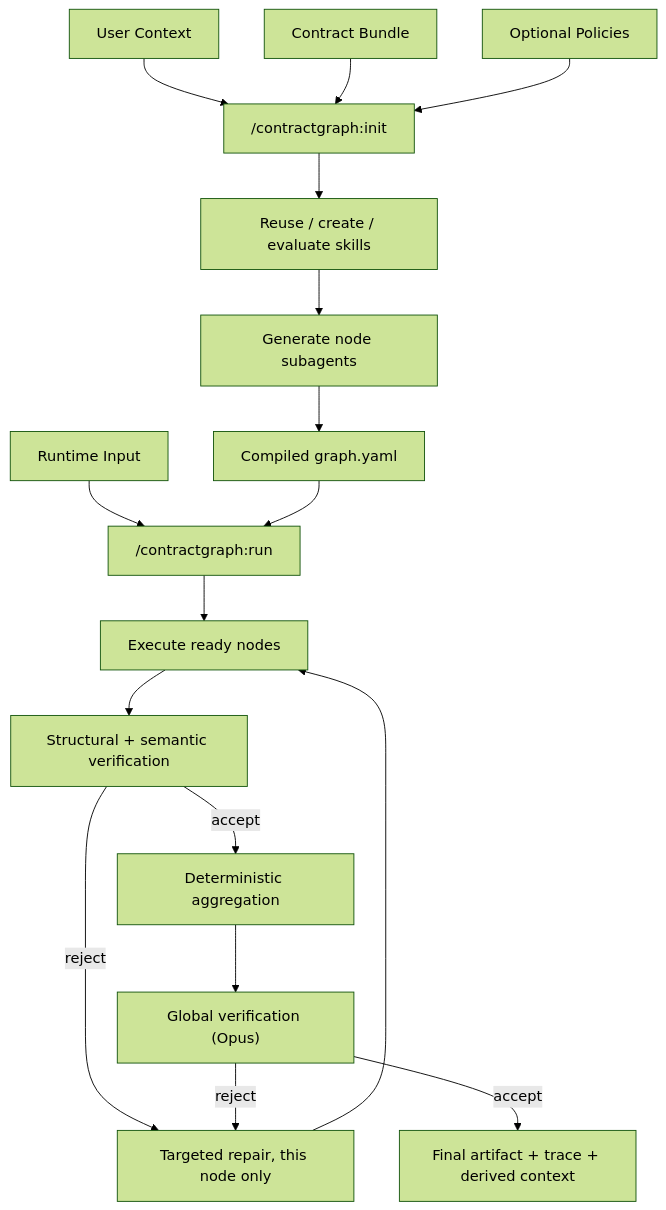
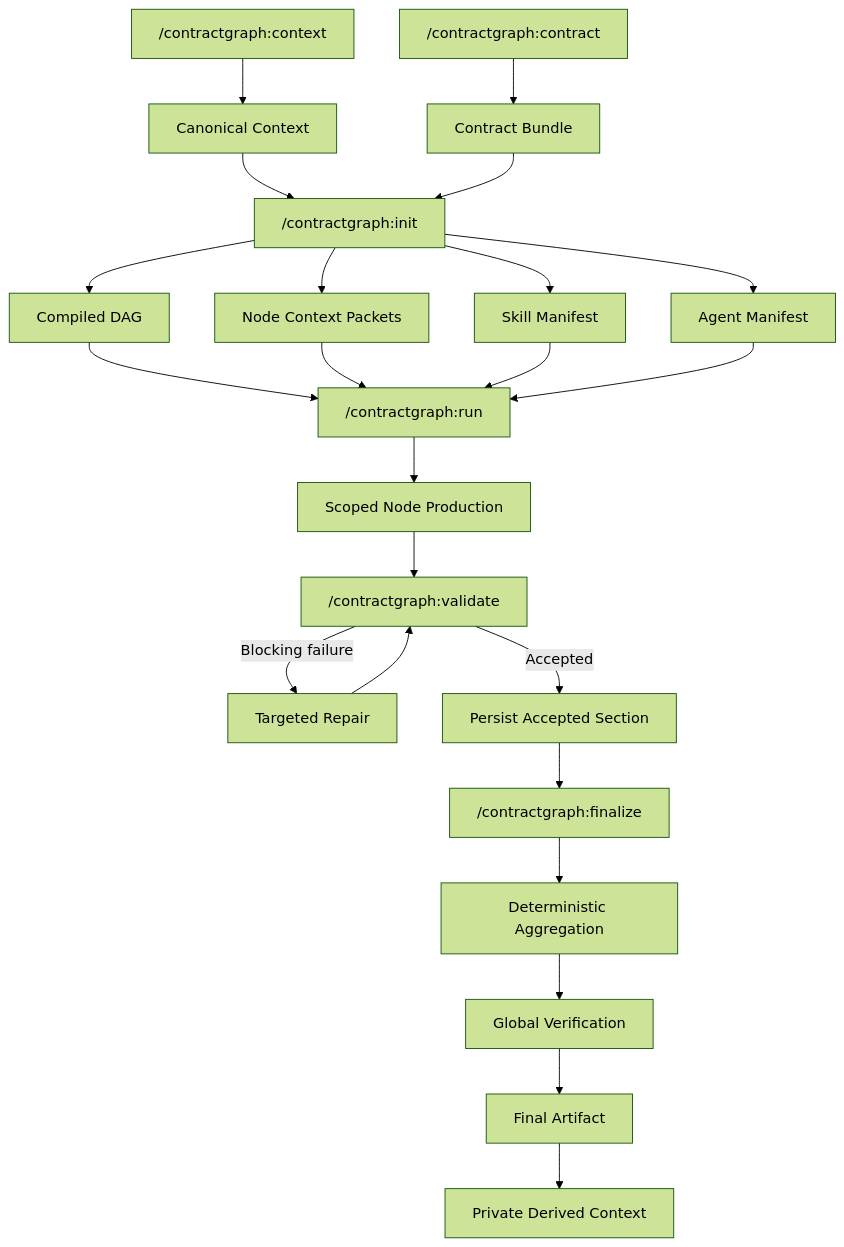
One commit to Phoenixarjun/ContractGraph changed the diagram in README.md. Above: the diagram before and after it, drawn with Mermaid (forest theme). The commit also changed other lines of this file and 36 other files, not shown here.

````diff
--- a/README.md
+++ b/README.md
@@ -41,19 +72,32 @@
 ```mermaid
 flowchart TB
-    CONTEXT["User Context"] --> INIT["/contractgraph:init"]
-    CONTRACTS["Contract Bundle"] --> INIT
-    POLICIES["Optional Policies"] --> INIT
-    INIT --> SKILLS["Reuse / create / evaluate skills"]
-    SKILLS --> AGENTS["Generate node subagents"]
-    AGENTS --> GRAPH["Compiled graph.yaml"]
-    INPUT["Runtime Input"] --> RUN["/contractgraph:run"]
-    GRAPH --> RUN
-    RUN --> NODES["Execute ready nodes"]
-    NODES --> VERIFY["Structural + semantic verification"]
-    VERIFY -->|reject| REPAIR["Targeted repair, this node only"]
-    REPAIR --> NODES
-    VERIFY -->|accept| AGGREGATE["Deterministic aggregation"]
-    AGGREGATE --> GLOBAL["Global verification (Opus)"]
-    GLOBAL -->|reject| REPAIR
-    GLOBAL -->|accept| OUTPUT["Final artifact + trace + derived context"]
+    CONTEXT_CMD["/contractgraph:context"] --> CANONICAL["Canonical Context"]
+    CONTRACT_CMD["/contractgraph:contract"] --> CONTRACTS["Contract Bundle"]
+
+    CANONICAL --> INIT["/contractgraph:init"]
+    CONTRACTS --> INIT
+
+    INIT --> GRAPH["Compiled DAG"]
+    INIT --> PACKETS["Node Context Packets"]
+    INIT --> SKILLS["Skill Manifest"]
+    INIT --> AGENTS["Agent Manifest"]
+
+    GRAPH --> RUN["/contractgraph:run"]
+    PACKETS --> RUN
+    SKILLS --> RUN
+    AGENTS --> RUN
+
+    RUN --> PRODUCER["Scoped Node Production"]
+    PRODUCER --> VALIDATE["/contractgraph:validate"]
+
+    VALIDATE -->|Blocking failure| REPAIR["Targeted Repair"]
+    REPAIR --> VALIDATE
+
+    VALIDATE -->|Accepted| PERSIST["Persist Accepted Section"]
+    PERSIST --> FINALIZE["/contractgraph:finalize"]
+
+    FINALIZE --> AGGREGATE["Deterministic Aggregation"]
+    AGGREGATE --> GLOBAL["Global Verification"]
+    GLOBAL --> OUTPUT["Final Artifact"]
+    OUTPUT --> DERIVED["Private Derived Context"]
 ```
````
